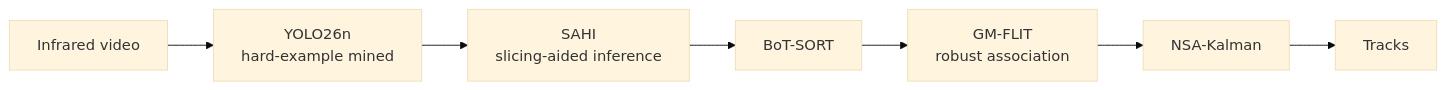
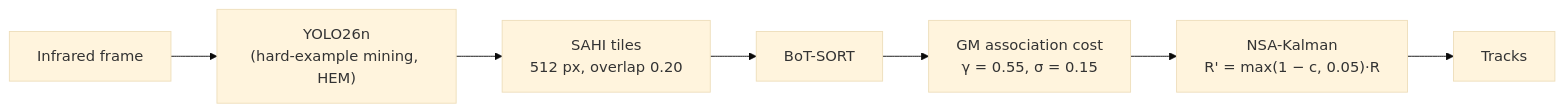
Before and after one commit to IghorRibeiro/DroneTrackingMOT: the diagram in README.md, drawn with Mermaid (base theme). The commit also changed other lines of this file and 3 other files, not shown here.

````diff
--- a/README.md
+++ b/README.md
@@ -18,9 +30,9 @@
 ```mermaid
 flowchart LR
-    A[Infrared video] --> B[YOLO26n\nhard-example mined]
-    B --> C[SAHI\nslicing-aided inference]
-    C --> D[BoT-SORT]
-    D --> E[GM-FLIT\nrobust association]
-    E --> F[NSA-Kalman]
+    A[Infrared frame] --> B["YOLO26n<br/>(hard-example mining, HEM)"]
+    B --> C["SAHI tiles<br/>512 px, overlap 0.20"]
+    C --> D["BoT-SORT"]
+    D --> E["GM association cost<br/>γ = 0.55, σ = 0.15"]
+    E --> F["NSA-Kalman<br/>R' = max(1 − c, 0.05)·R"]
     F --> G[Tracks]
 ```
````
